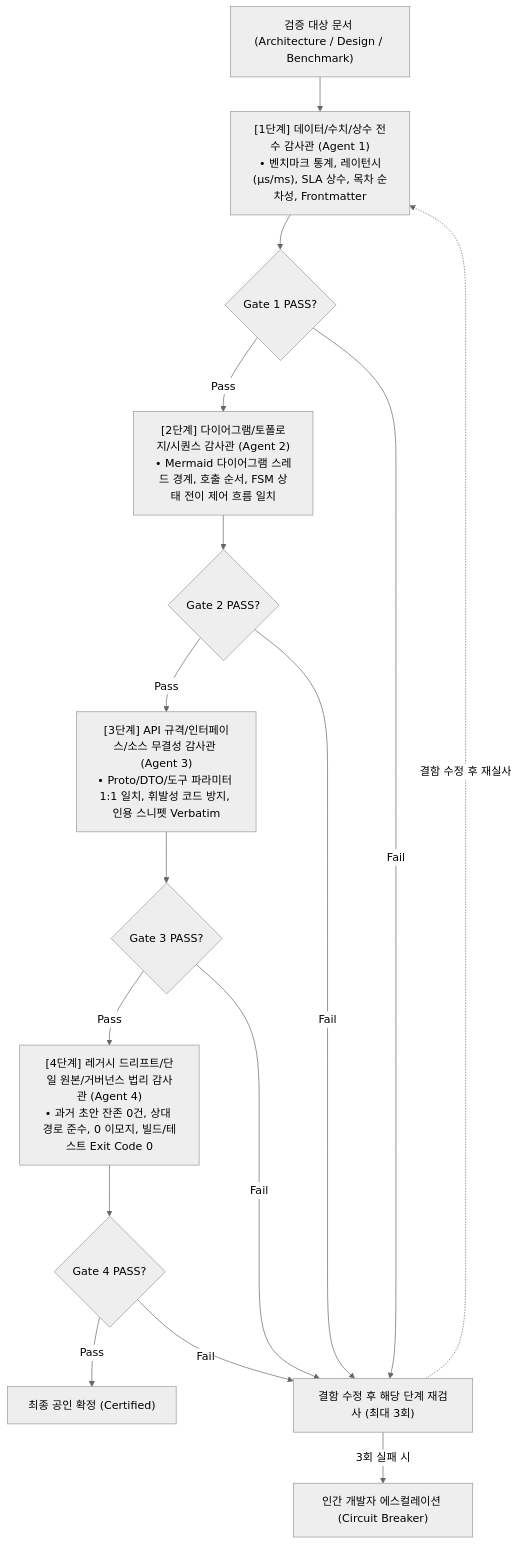
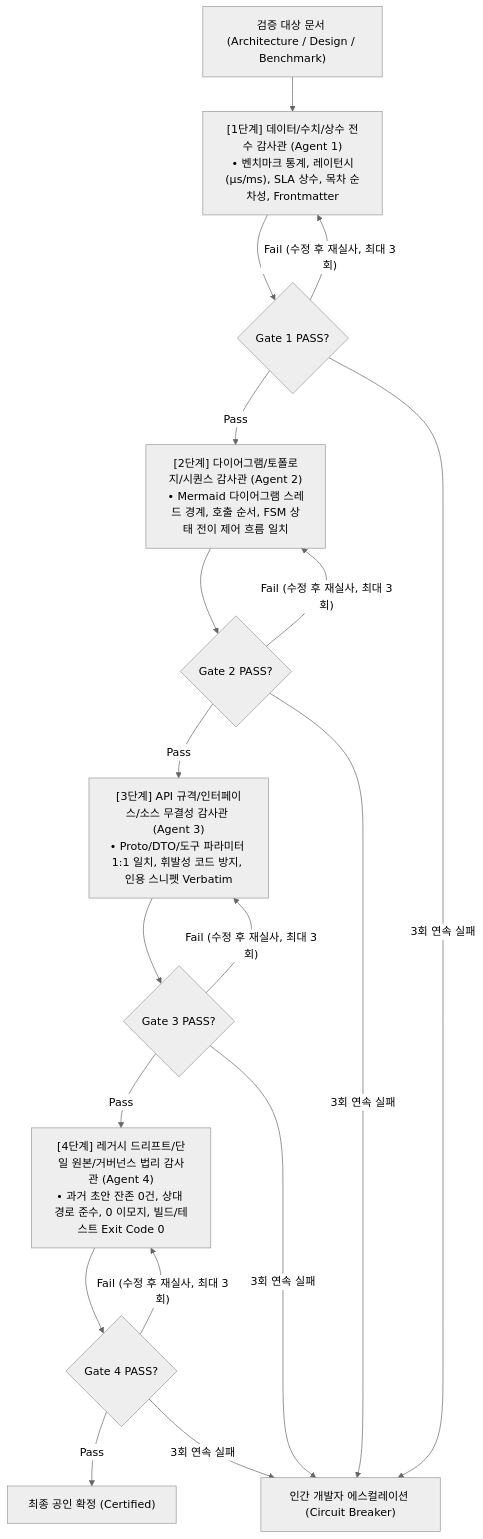
One commit to jin20203458/Obsidian.Agent changed the first of 3 diagrams in ai_agent_refs/Independent_Audit_Protocol_Guidelines.md. Above: the diagram before and after it, drawn with Mermaid (neutral theme). The commit also changed other lines of this file and 1 other file, not shown here.

Commit message:
docs(phalanx): certify 01_system_architecture via 4-gate independent audit

````diff
--- a/ai_agent_refs/Independent_Audit_Protocol_Guidelines.md
+++ b/ai_agent_refs/Independent_Audit_Protocol_Guidelines.md
@@ -48,32 +48,36 @@
 ```mermaid
 flowchart TD
     Doc["검증 대상 문서 (Architecture / Design / Benchmark)"]
 
     Stage1["[1단계] 데이터/수치/상수 전수 감사관 (Agent 1)<br>• 벤치마크 통계, 레이턴시(μs/ms), SLA 상수, 목차 순차성, Frontmatter"]
     Gate1{"Gate 1 PASS?"}
     
     Stage2["[2단계] 다이어그램/토폴로지/시퀀스 감사관 (Agent 2)<br>• Mermaid 다이어그램 스레드 경계, 호출 순서, FSM 상태 전이 제어 흐름 일치"]
     Gate2{"Gate 2 PASS?"}
 
     Stage3["[3단계] API 규격/인터페이스/소스 무결성 감사관 (Agent 3)<br>• Proto/DTO/도구 파라미터 1:1 일치, 휘발성 코드 방지, 인용 스니펫 Verbatim"]
     Gate3{"Gate 3 PASS?"}
 
     Stage4["[4단계] 레거시 드리프트/단일 원본/거버넌스 법리 감사관 (Agent 4)<br>• 과거 초안 잔존 0건, 상대 경로 준수, 0 이모지, 빌드/테스트 Exit Code 0"]
     Gate4{"Gate 4 PASS?"}
 
     FinalPass["최종 공인 확정 (Certified)"]
-    FailRollback["결함 수정 후 해당 단계 재검사 (최대 3회)"]
     Escalate["인간 개발자 에스컬레이션 (Circuit Breaker)"]
 
     Doc --> Stage1 --> Gate1
-    Gate1 -- Pass --> Stage2 --> Gate2
-    Gate1 -- Fail --> FailRollback
-    Gate2 -- Pass --> Stage3 --> Gate3
-    Gate2 -- Fail --> FailRollback
-    Gate3 -- Pass --> Stage4 --> Gate4
-    Gate3 -- Fail --> FailRollback
-    Gate4 -- Pass --> FinalPass
-    Gate4 -- Fail --> FailRollback
-    FailRollback -- 3회 실패 시 --> Escalate
-    FailRollback -.->|결함 수정 후 재실사| Stage1
+    Gate1 -- "Pass" --> Stage2 --> Gate2
+    Gate1 -- "Fail (수정 후 재실사, 최대 3회)" --> Stage1
+    Gate1 -- "3회 연속 실패" --> Escalate
+
+    Gate2 -- "Pass" --> Stage3 --> Gate3
+    Gate2 -- "Fail (수정 후 재실사, 최대 3회)" --> Stage2
+    Gate2 -- "3회 연속 실패" --> Escalate
+
+    Gate3 -- "Pass" --> Stage4 --> Gate4
+    Gate3 -- "Fail (수정 후 재실사, 최대 3회)" --> Stage3
+    Gate3 -- "3회 연속 실패" --> Escalate
+
+    Gate4 -- "Pass" --> FinalPass
+    Gate4 -- "Fail (수정 후 재실사, 최대 3회)" --> Stage4
+    Gate4 -- "3회 연속 실패" --> Escalate
 ```
````
